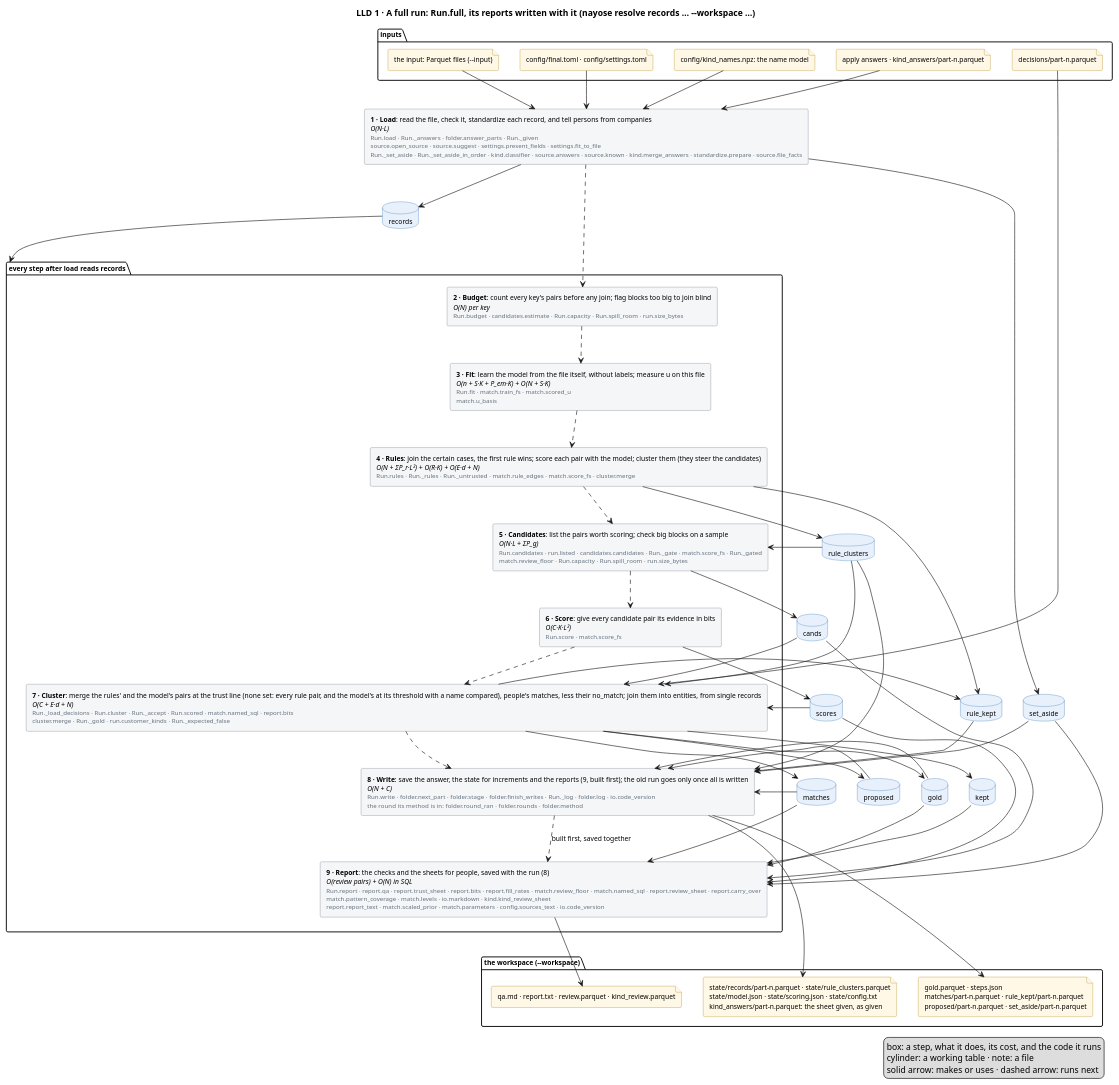
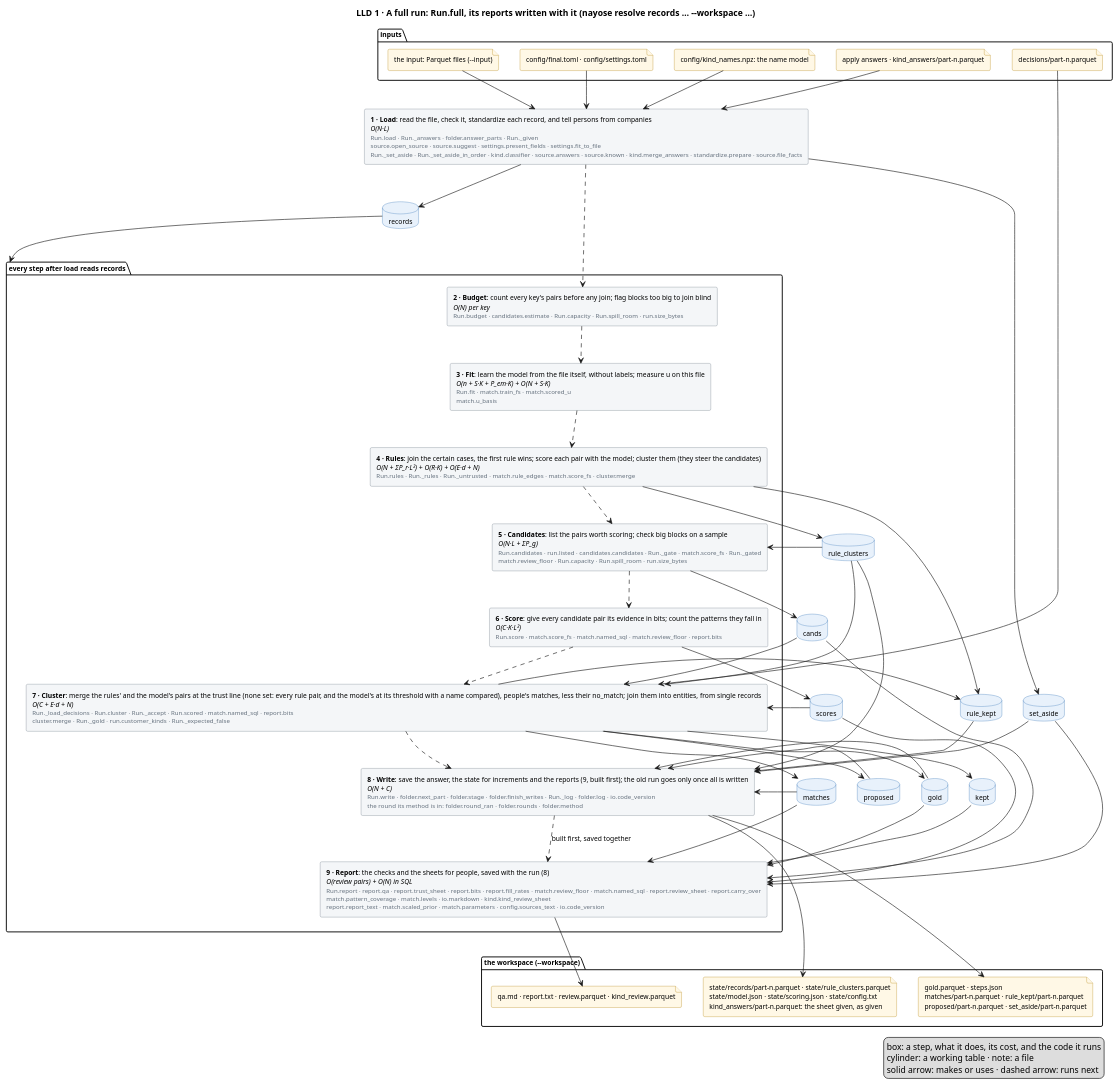
Before and after one commit to mvsbm/entity_matching: the diagram in docs/diagrams/full-run.puml, drawn with PlantUML. The commit also changed 13 other files, not shown here.

```diff
--- a/docs/diagrams/full-run.puml
+++ b/docs/diagrams/full-run.puml
@@ -1,106 +1,106 @@
 @startuml full-run
 title LLD 1 · A full run: Run.full, its reports written with it (nayose resolve records … ~--workspace …)
 skinparam defaultFontSize 11
 skinparam rectangle {
   BackgroundColor #F4F6F8
   BorderColor #65717E
 }
 skinparam database {
   BackgroundColor #E8F1FB
   BorderColor #2C6DB3
 }
 skinparam file {
   BackgroundColor #FFF8E6
   BorderColor #B07D00
 }
 
 package "inputs" {
   file "the input: Parquet files (~--input)" as f_input
   file "config/final.toml · config/settings.toml" as f_config
   file "config/kind_names.npz: the name model" as f_names
   file "apply answers · kind_answers/part-n.parquet" as f_answers
   file "decisions/part-n.parquet" as f_decisions
 }
 
 
 rectangle "<b>1 · Load</b>: read the file, check it, standardize each record, and tell persons from companies\n<i>O(N·L)</i>\n<size:10><color:#65717E>Run.load · Run._answers · folder.answer_parts · Run._given</color></size>\n<size:10><color:#65717E>source.open_source · source.suggest · settings.present_fields · settings.fit_to_file</color></size>\n<size:10><color:#65717E>Run._set_aside · Run._set_aside_in_order · kind.classifier · source.answers · source.known · kind.merge_answers · standardize.prepare · source.file_facts</color></size>" as load
 package "every step after load reads records" as after_load {
   rectangle "<b>2 · Budget</b>: count every key's pairs before any join; flag blocks too big to join blind\n<i>O(N) per key</i>\n<size:10><color:#65717E>Run.budget · candidates.estimate · Run.capacity · Run.spill_room · run.size_bytes</color></size>" as budget
   rectangle "<b>3 · Fit</b>: learn the model from the file itself, without labels; measure u on this file\n<i>O(n + S·K + P_em·K) + O(N + S·K)</i>\n<size:10><color:#65717E>Run.fit · match.train_fs · match.scored_u</color></size>\n<size:10><color:#65717E>match.u_basis</color></size>" as fit
   rectangle "<b>4 · Rules</b>: join the certain cases, the first rule wins; score each pair with the model; cluster them (they steer the candidates)\n<i>O(N + ΣP_r·L²) + O(R·K) + O(E·d + N)</i>\n<size:10><color:#65717E>Run.rules · Run._rules · Run._untrusted · match.rule_edges · match.score_fs · cluster.merge</color></size>" as rules
   rectangle "<b>5 · Candidates</b>: list the pairs worth scoring; check big blocks on a sample\n<i>O(N·L + ΣP_g)</i>\n<size:10><color:#65717E>Run.candidates · run.listed · candidates.candidates · Run._gate · match.score_fs · Run._gated</color></size>\n<size:10><color:#65717E>match.review_floor · Run.capacity · Run.spill_room · run.size_bytes</color></size>" as candidates
-  rectangle "<b>6 · Score</b>: give every candidate pair its evidence in bits\n<i>O(C·K·L²)</i>\n<size:10><color:#65717E>Run.score · match.score_fs</color></size>" as score
+  rectangle "<b>6 · Score</b>: give every candidate pair its evidence in bits; count the patterns they fall in\n<i>O(C·K·L²)</i>\n<size:10><color:#65717E>Run.score · match.score_fs · match.named_sql · match.review_floor · report.bits</color></size>" as score
   rectangle "<b>7 · Cluster</b>: merge the rules' and the model's pairs at the trust line (none set: every rule pair, and the model's at its threshold with a name compared), people's matches, less their no_match; join them into entities, from single records\n<i>O(C + E·d + N)</i>\n<size:10><color:#65717E>Run._load_decisions · Run.cluster · Run._accept · Run.scored · match.named_sql · report.bits</color></size>\n<size:10><color:#65717E>cluster.merge · Run._gold · run.customer_kinds · Run._expected_false</color></size>" as cluster
   rectangle "<b>8 · Write</b>: save the answer, the state for increments and the reports (9, built first); the old run goes only once all is written\n<i>O(N + C)</i>\n<size:10><color:#65717E>Run.write · folder.next_part · folder.stage · folder.finish_writes · Run._log · folder.log · io.code_version</color></size>\n<size:10><color:#65717E>the round its method is in: folder.round_ran · folder.rounds · folder.method</color></size>" as write
   rectangle "<b>9 · Report</b>: the checks and the sheets for people, saved with the run (8)\n<i>O(review pairs) + O(N) in SQL</i>\n<size:10><color:#65717E>Run.report · report.qa · report.trust_sheet · report.bits · report.fill_rates · match.review_floor · match.named_sql · report.review_sheet · report.carry_over</color></size>\n<size:10><color:#65717E>match.pattern_coverage · match.levels · io.markdown · kind.kind_review_sheet</color></size>\n<size:10><color:#65717E>report.report_text · match.scaled_prior · match.parameters · config.sources_text · io.code_version</color></size>" as report
 }
 database "records" as records
 database "set_aside" as set_aside
 database "rule_clusters" as rule_clusters
 database "rule_kept" as rule_kept
 database "cands" as cands
 database "scores" as scores
 database "matches" as matches
 database "proposed" as proposed
 database "kept" as kept
 database "gold" as gold
 
 package "the workspace (~--workspace)" {
   file "gold.parquet · steps.json\nmatches/part-n.parquet · rule_kept/part-n.parquet\nproposed/part-n.parquet · set_aside/part-n.parquet" as f_out
   file "state/records/part-n.parquet · state/rule_clusters.parquet\nstate/model.json · state/scoring.json · state/config.txt\nkind_answers/part-n.parquet: the sheet given, as given" as f_state
   file "qa.md · report.txt · review.parquet · kind_review.parquet" as f_people
 }
 
 f_input --> load
 f_config --> load
 f_names --> load
 f_answers --> load
 f_decisions --> cluster
 
 load ..> budget
 budget ..> fit
 fit ..> rules
 rules ..> candidates
 candidates ..> score
 score ..> cluster
 cluster ..> write
 write ..> report : built first, saved together
 
 load --> records
 load --> set_aside
 records --> after_load
 rules --> rule_clusters
 rules --> rule_kept
 rule_clusters --> candidates
 rule_clusters --> cluster
 rule_clusters --> write
 rule_kept --> write
 candidates --> cands
 cands --> cluster
 cands --> report
 score --> scores
 scores --> cluster
 scores --> report
 cluster --> matches
 cluster --> proposed
 cluster --> kept
 cluster --> rule_kept
 kept --> report
 proposed --> write
 cluster --> gold
 matches --> write
 matches --> report
 gold --> write
 gold --> report
 set_aside --> write
 set_aside --> report
 
 write --> f_out
 write --> f_state
 report --> f_people
 legend right
   box: a step, what it does, its cost, and the code it runs
   cylinder: a working table · note: a file
   solid arrow: makes or uses · dashed arrow: runs next
 endlegend
 @enduml
```
